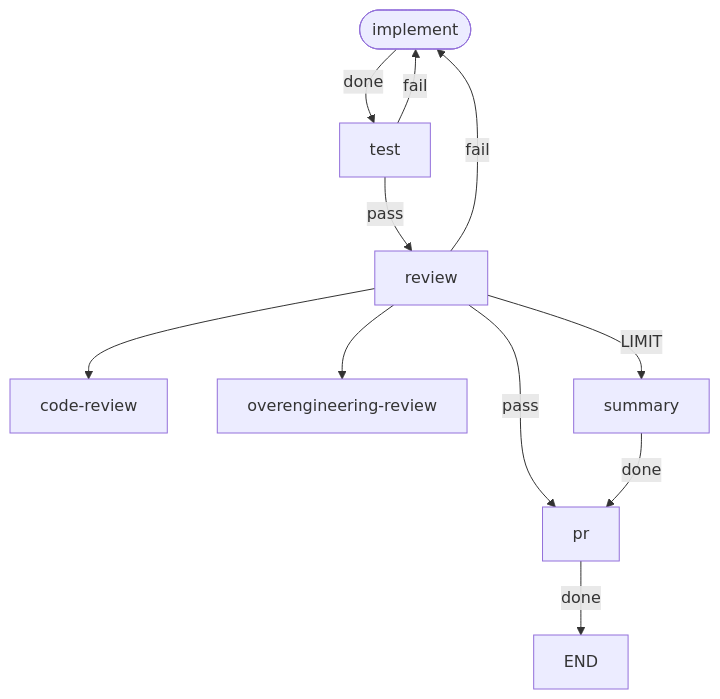
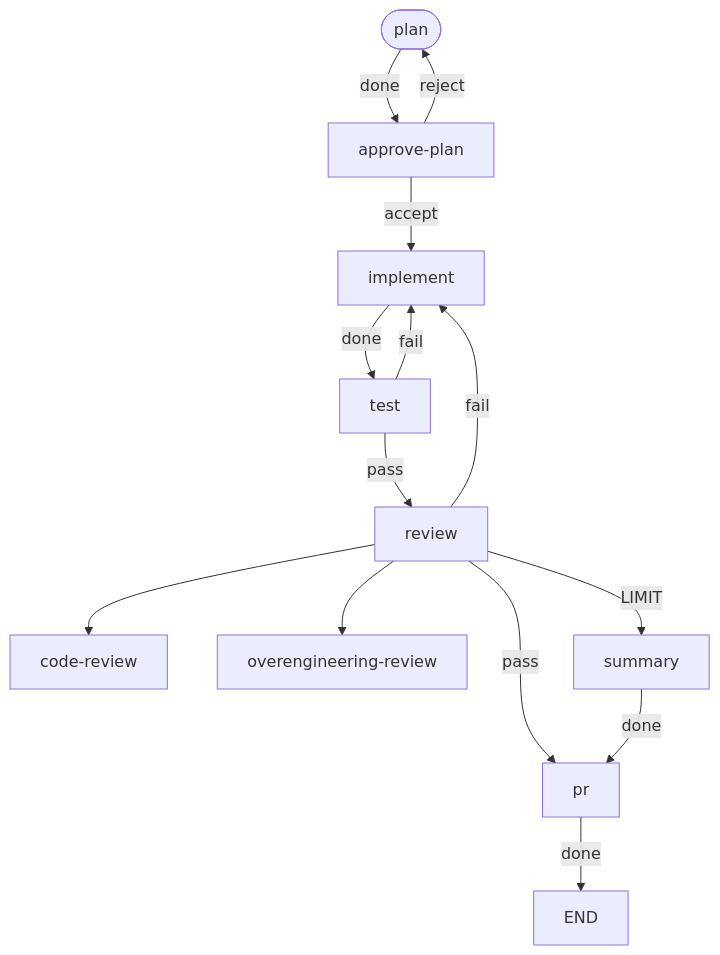
One commit to sylmarien/workgraph changed the diagram in README.md. Above: the diagram before and after it, drawn with Mermaid. The commit also changed other lines of this file and 5 other files, not shown here.

````diff
--- a/README.md
+++ b/README.md
@@ -11,14 +11,17 @@
 ```mermaid
 flowchart TD
-    implement([implement])
+    plan([plan])
+    plan -->|done| approve-plan
+    approve-plan -->|accept| implement
+    approve-plan -->|reject| plan
     implement -->|done| test
     test -->|pass| review
     test -->|fail| implement
     review --> code-review
     review --> overengineering-review
     review -->|pass| pr
     review -->|fail| implement
     review -->|LIMIT| summary
     summary -->|done| pr
     pr -->|done| END
 ```
````
